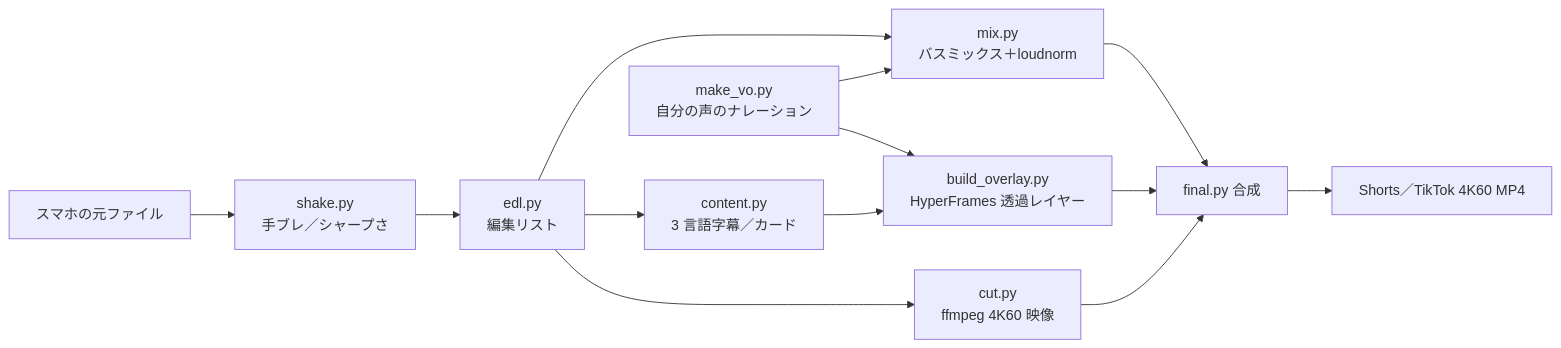
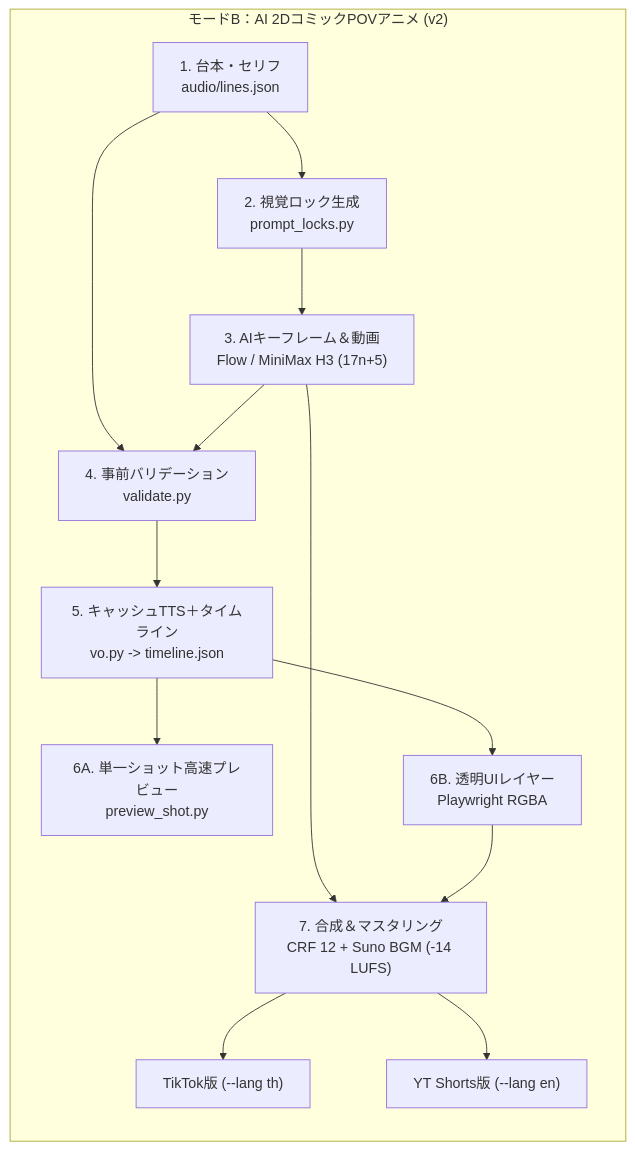
One commit to lovemage/vlog-shorts-4k60 changed the diagram in README.ja.md. Above: the diagram before and after it, drawn with Mermaid. The commit also changed other lines of this file and 18 other files, not shown here.

````diff
--- a/README.ja.md
+++ b/README.ja.md
@@ -48,15 +37,16 @@
 ```mermaid
 flowchart LR
-  A[スマホの元ファイル] --> B[shake.py<br>手ブレ／シャープさ]
-  B --> C[edl.py<br>編集リスト]
-  C --> D[cut.py<br>ffmpeg 4K60 映像]
-  C --> E[content.py<br>3 言語字幕／カード]
-  E --> F[build_overlay.py<br>HyperFrames 透過レイヤー]
-  C --> G[mix.py<br>バスミックス＋loudnorm]
-  V[make_vo.py<br>自分の声のナレーション] --> F
-  V --> G
-  D --> H[final.py 合成]
-  F --> H
-  G --> H
-  H --> I[Shorts／TikTok 4K60 MP4]
+  subgraph ModeB["モードB：AI 2DコミックPOVアニメ (v2)"]
+    B1["1. 台本・セリフ<br>audio/lines.json"] --> B2["2. 視覚ロック生成<br>prompt_locks.py"]
+    B2 --> B3["3. AIキーフレーム＆動画<br>Flow / MiniMax H3 (17n+5)"]
+    B1 --> B4["4. 事前バリデーション<br>validate.py"]
+    B3 --> B4
+    B4 --> B5["5. キャッシュTTS＋タイムライン<br>vo.py -> timeline.json"]
+    B5 --> B6A["6A. 単一ショット高速プレビュー<br>preview_shot.py"]
+    B5 --> B6B["6B. 透明UIレイヤー<br>Playwright RGBA"]
+    B3 --> B7["7. 合成＆マスタリング<br>CRF 12 + Suno BGM (-14 LUFS)"]
+    B6B --> B7
+    B7 --> B8A["TikTok版 (--lang th)"]
+    B7 --> B8B["YT Shorts版 (--lang en)"]
+  end
 ```
````
